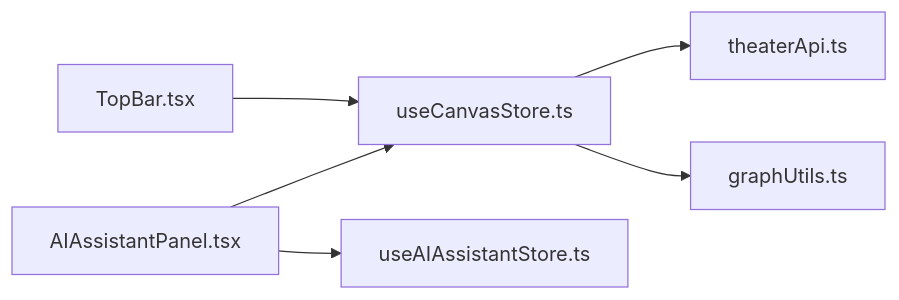
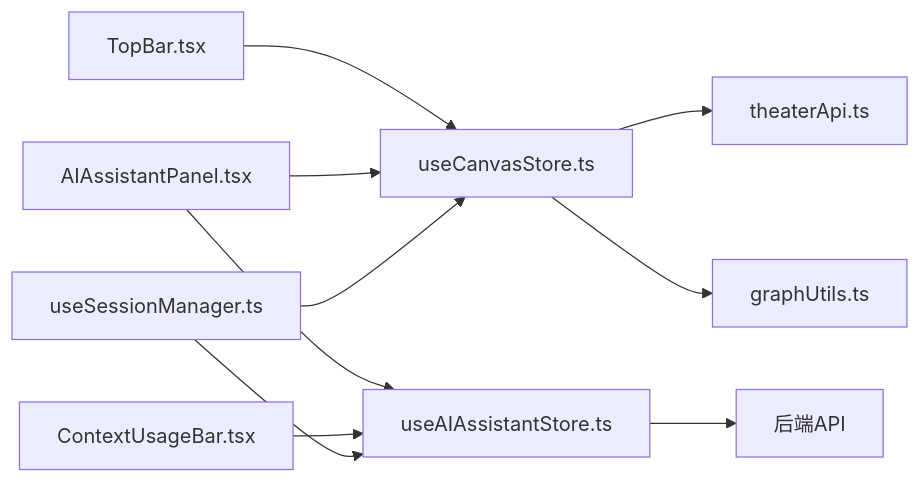
One commit to KunLabAI/KunFlix changed the seventh of 7 diagrams in .qoder/repowiki/zh/content/前端应用架构/状态管理/状态管理.md. Above: the diagram before and after it, drawn with Mermaid. The commit also changed other lines of this file and 4 other files, not shown here.

````diff
--- a/.qoder/repowiki/zh/content/前端应用架构/状态管理/状态管理.md
+++ b/.qoder/repowiki/zh/content/前端应用架构/状态管理/状态管理.md
@@ -275,8 +348,12 @@
 ```mermaid
 graph LR
 TB["TopBar.tsx"] --> CS["useCanvasStore.ts"]
 AIP["AIAssistantPanel.tsx"] --> CS
 AIP --> AIS["useAIAssistantStore.ts"]
+CUB["ContextUsageBar.tsx"] --> AIS
+USM["useSessionManager.ts"] --> AIS
+USM --> CS
 CS --> TA["theaterApi.ts"]
 CS --> GU["graphUtils.ts"]
+AIS --> API["后端API"]
 ```
````
